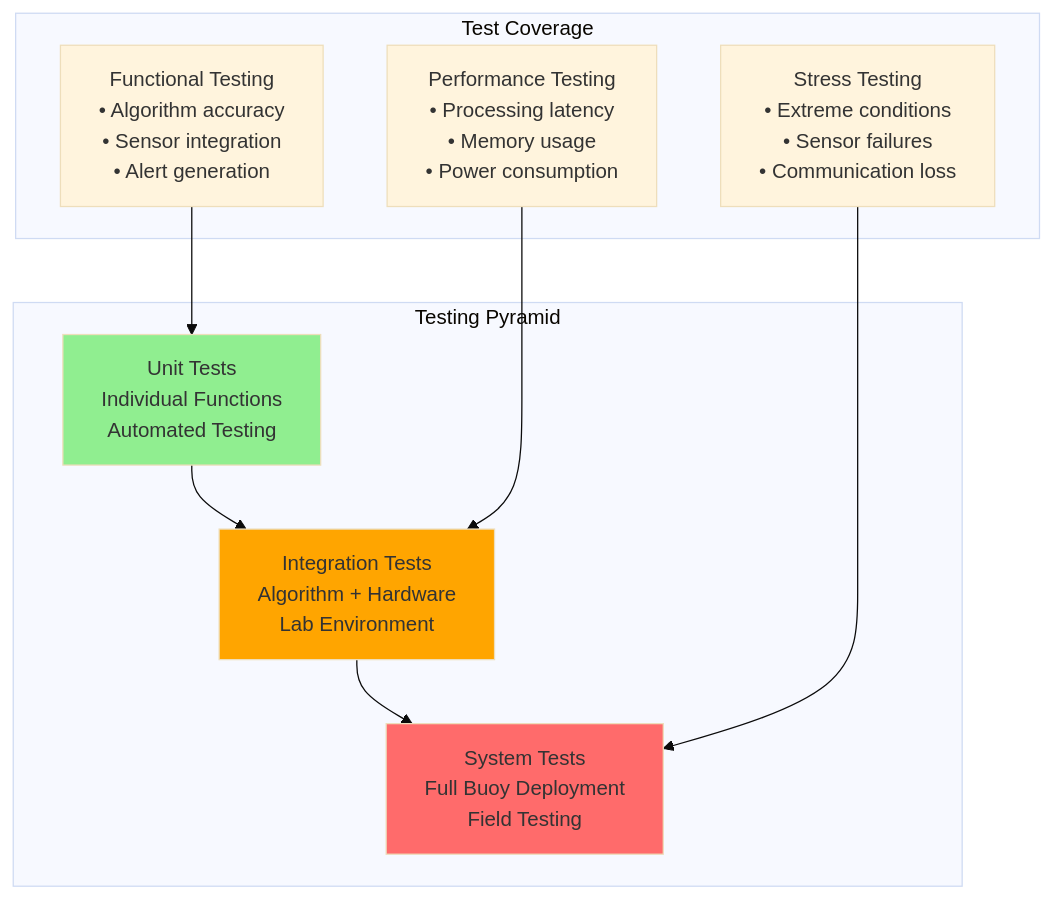
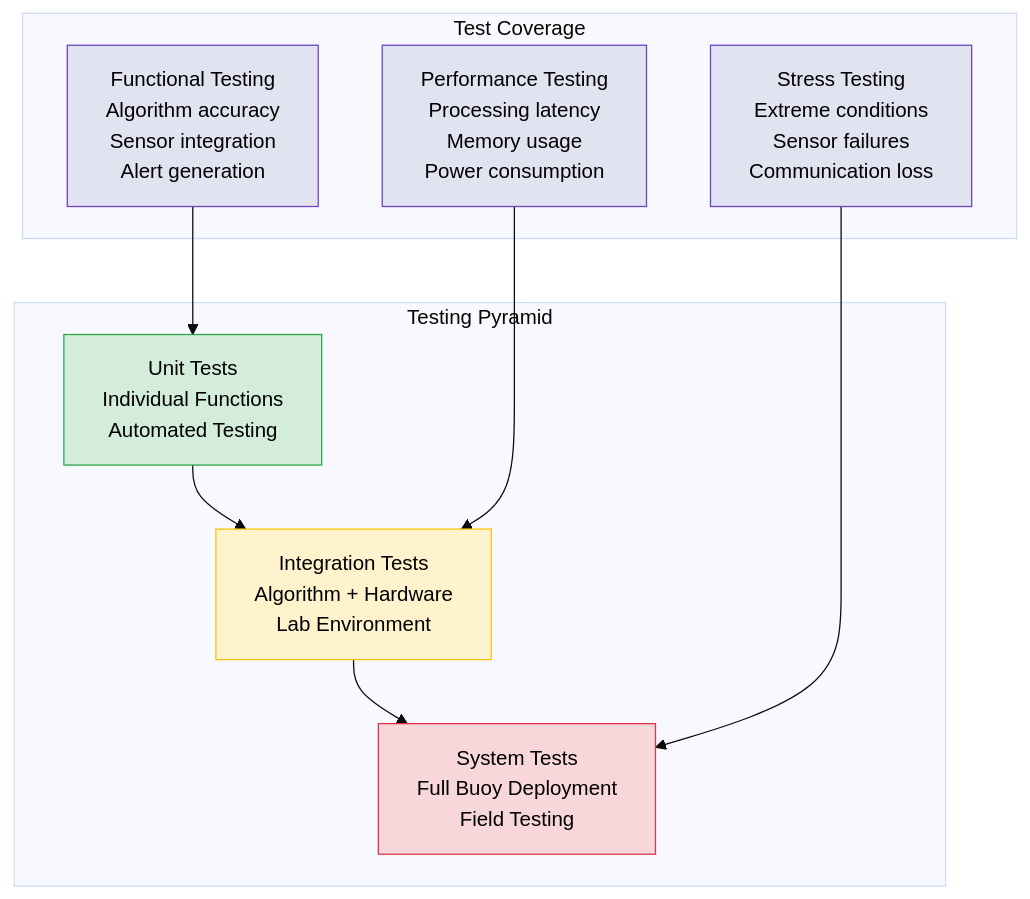
The seventh of 9 diagrams in Phase-2.md (vikrantwiz02/DFP-13), drawn with Mermaid (base theme) before and after one commit. The commit also changed other lines of this file, not shown here.

Commit message:
Refactor diagrams and improve formatting in Phase 2 documentation for clarity and consistency

````diff
--- a/Phase-2.md
+++ b/Phase-2.md
@@ -717,25 +769,31 @@
 ```mermaid
 graph TD
-    subgraph "Testing Pyramid"
-        SYSTEM[System Tests<br/>Full Buoy Deployment<br/>Field Testing]
-        INTEGRATION[Integration Tests<br/>Algorithm + Hardware<br/>Lab Environment]
-        UNIT[Unit Tests<br/>Individual Functions<br/>Automated Testing]
+    subgraph TP ["Testing Pyramid"]
+        SYSTEM["System Tests<br/>Full Buoy Deployment<br/>Field Testing"]
+        INTEGRATION["Integration Tests<br/>Algorithm + Hardware<br/>Lab Environment"]
+        UNIT["Unit Tests<br/>Individual Functions<br/>Automated Testing"]
     end
     
-    subgraph "Test Coverage"
-        FUNC[Functional Testing<br/>• Algorithm accuracy<br/>• Sensor integration<br/>• Alert generation]
-        PERF[Performance Testing<br/>• Processing latency<br/>• Memory usage<br/>• Power consumption]
-        STRESS[Stress Testing<br/>• Extreme conditions<br/>• Sensor failures<br/>• Communication loss]
+    subgraph TC ["Test Coverage"]
+        FUNC["Functional Testing<br/>Algorithm accuracy<br/>Sensor integration<br/>Alert generation"]
+        PERF["Performance Testing<br/>Processing latency<br/>Memory usage<br/>Power consumption"]
+        STRESS["Stress Testing<br/>Extreme conditions<br/>Sensor failures<br/>Communication loss"]
     end
     
     UNIT --> INTEGRATION
     INTEGRATION --> SYSTEM
     
     FUNC --> UNIT
     PERF --> INTEGRATION
     STRESS --> SYSTEM
     
-    style SYSTEM fill:#FF6B6B
-    style INTEGRATION fill:#FFA500
-    style UNIT fill:#90EE90
+    classDef unitStyle fill:#d4edda,stroke:#28a745,color:#000
+    classDef integrationStyle fill:#fff3cd,stroke:#ffc107,color:#000
+    classDef systemStyle fill:#f8d7da,stroke:#dc3545,color:#000
+    classDef testStyle fill:#e2e3f1,stroke:#6f42c1,color:#000
+    
+    class UNIT unitStyle
+    class INTEGRATION integrationStyle
+    class SYSTEM systemStyle
+    class FUNC,PERF,STRESS testStyle
 ```
````
